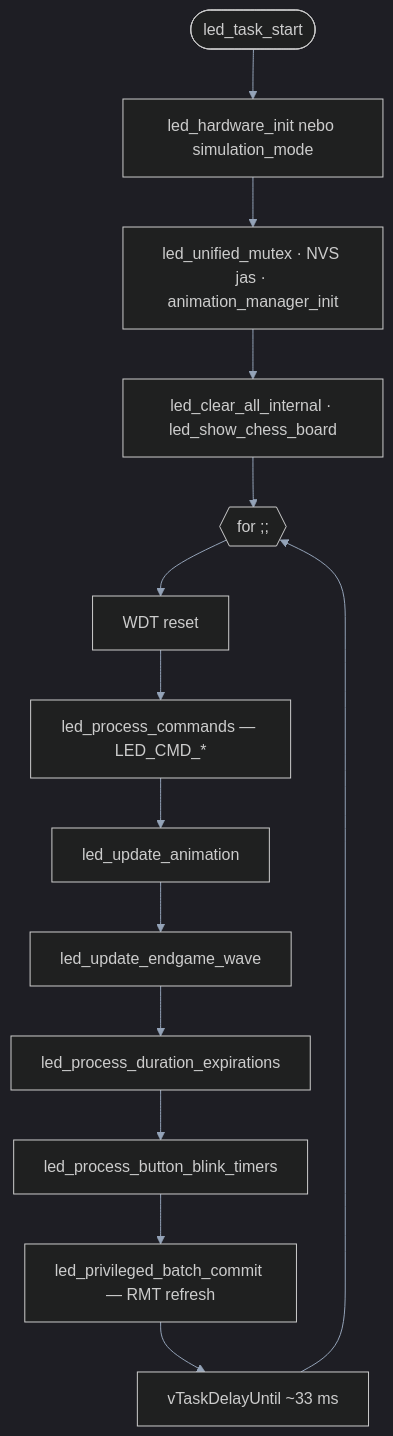
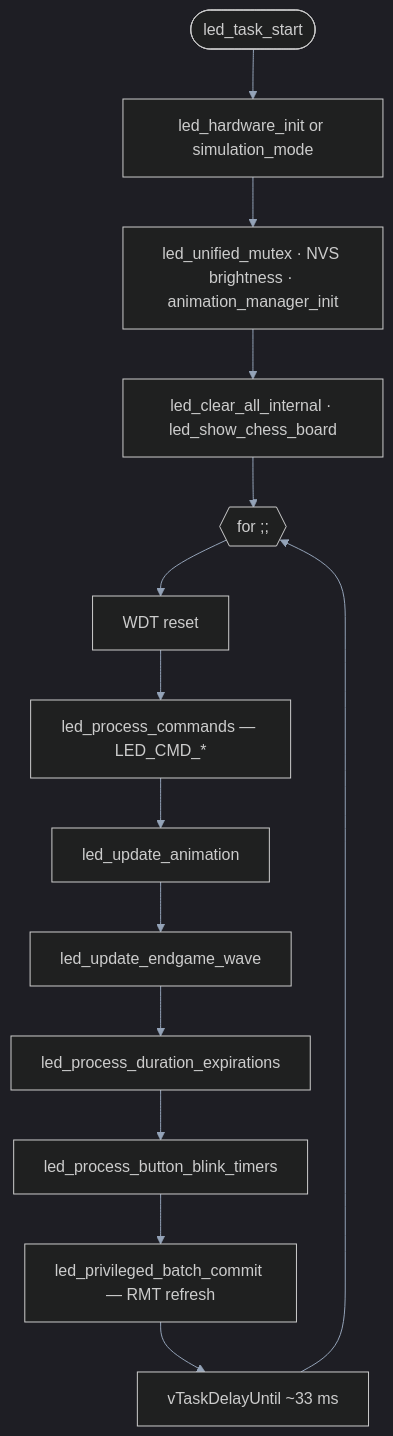
One commit to AlfredKrutina/chess_esp32_c6_devkit changed the diagram in docs/diagrams/sources/task_led_loop.mmd. Above: the diagram before and after it, drawn with Mermaid. The commit also changed 372 other files, not shown here.

```diff
--- a/docs/diagrams/sources/task_led_loop.mmd
+++ b/docs/diagrams/sources/task_led_loop.mmd
@@ -1,17 +1,17 @@
-%% led_task_start — WS2812 + fronta příkazů
+%% led_task_start — WS2812 + command queue
 %%{init: {'theme':'dark','themeVariables':{'fontFamily':'system-ui,sans-serif','clusterBkg':'#0f172a','clusterBorder':'#334155','lineColor':'#94a3b8','primaryTextColor':'#f1f5f9','edgeLabelBackground':'#1e293b','titleColor':'#f8fafc'}}}%%
 flowchart TD
-  START([led_task_start]) --> HW[led_hardware_init nebo simulation_mode]
-  HW --> MUX[led_unified_mutex · NVS jas · animation_manager_init]
+  START([led_task_start]) --> HW[led_hardware_init or simulation_mode]
+  HW --> MUX[led_unified_mutex · NVS brightness · animation_manager_init]
   MUX --> PAT[led_clear_all_internal · led_show_chess_board]
   PAT --> LOOP{{for ;;}}
 
   LOOP --> WDT[WDT reset]
   WDT --> Q[led_process_commands — LED_CMD_*]
   Q --> A1[led_update_animation]
   A1 --> A2[led_update_endgame_wave]
   A2 --> A3[led_process_duration_expirations]
   A3 --> A4[led_process_button_blink_timers]
   A4 --> COMM[led_privileged_batch_commit — RMT refresh]
   COMM --> DLY[vTaskDelayUntil ~33 ms]
   DLY --> LOOP
```
